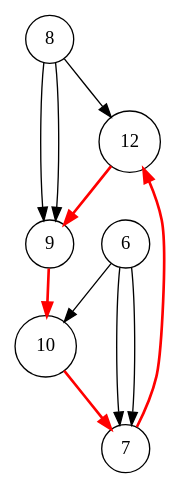
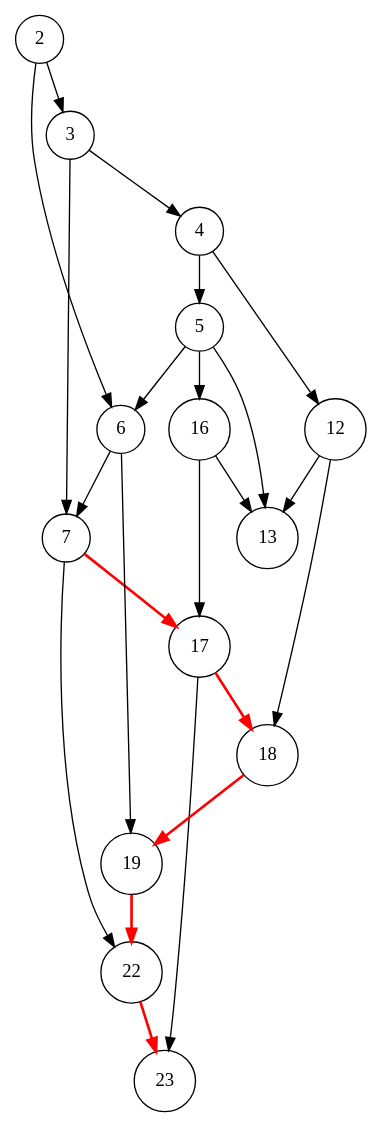
Before and after one commit to gintskk/execution-log-parser: the diagram in execution_2.dot, drawn with Graphviz. The commit also changed 22 other files, not shown here.

```diff
--- a/execution_2.dot
+++ b/execution_2.dot
@@ -1,14 +1,26 @@
 digraph execution {
   node [shape=circle];
-  12 -> 9 [color=red, penwidth=2.0];
-  10 -> 7 [color=red, penwidth=2.0];
-  7 -> 12 [color=red, penwidth=2.0];
+  7 -> 22;
+  7 -> 17 [color=red, penwidth=2.0];
   6 -> 7;
-  6 -> 10;
-  6 -> 7;
-  9 -> 10 [color=red, penwidth=2.0];
-  8 -> 9;
-  8 -> 12;
-  8 -> 9;
-  {node [style=filled, fillcolor=lightpink] 12 9 10 7 12 }
+  6 -> 19;
+  22 -> 23 [color=red, penwidth=2.0];
+  5 -> 6;
+  5 -> 16;
+  5 -> 13;
+  4 -> 5;
+  4 -> 12;
+  3 -> 4;
+  3 -> 7;
+  19 -> 22 [color=red, penwidth=2.0];
+  2 -> 3;
+  2 -> 6;
+  12 -> 13;
+  12 -> 18;
+  18 -> 19 [color=red, penwidth=2.0];
+  17 -> 18 [color=red, penwidth=2.0];
+  17 -> 23;
+  16 -> 17;
+  16 -> 13;
+  {node [style=filled, fillcolor=lightpink] 22 23 7 17 18 19 22 }
 }
```
